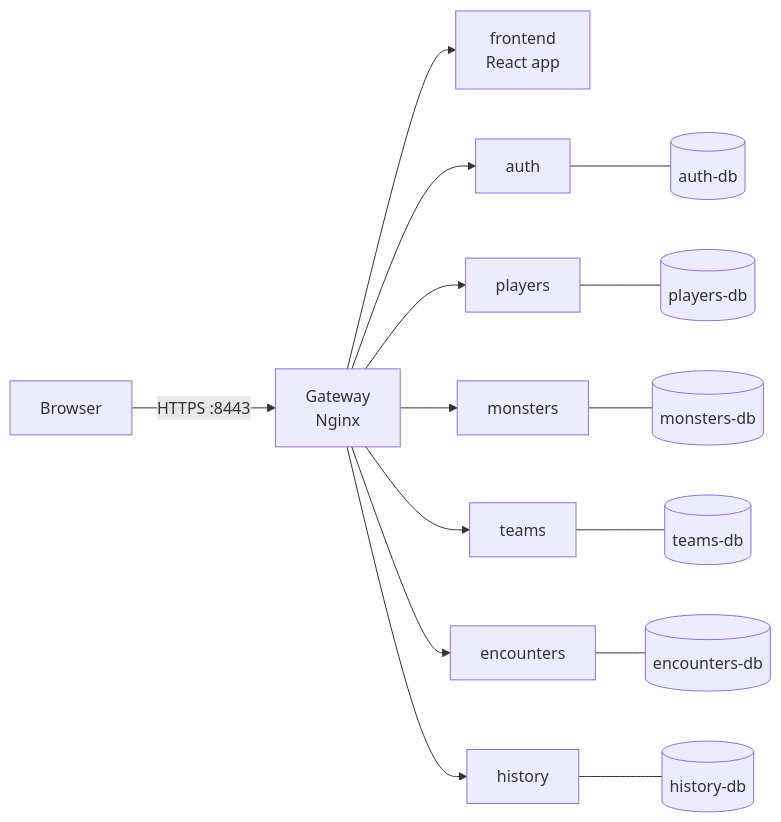
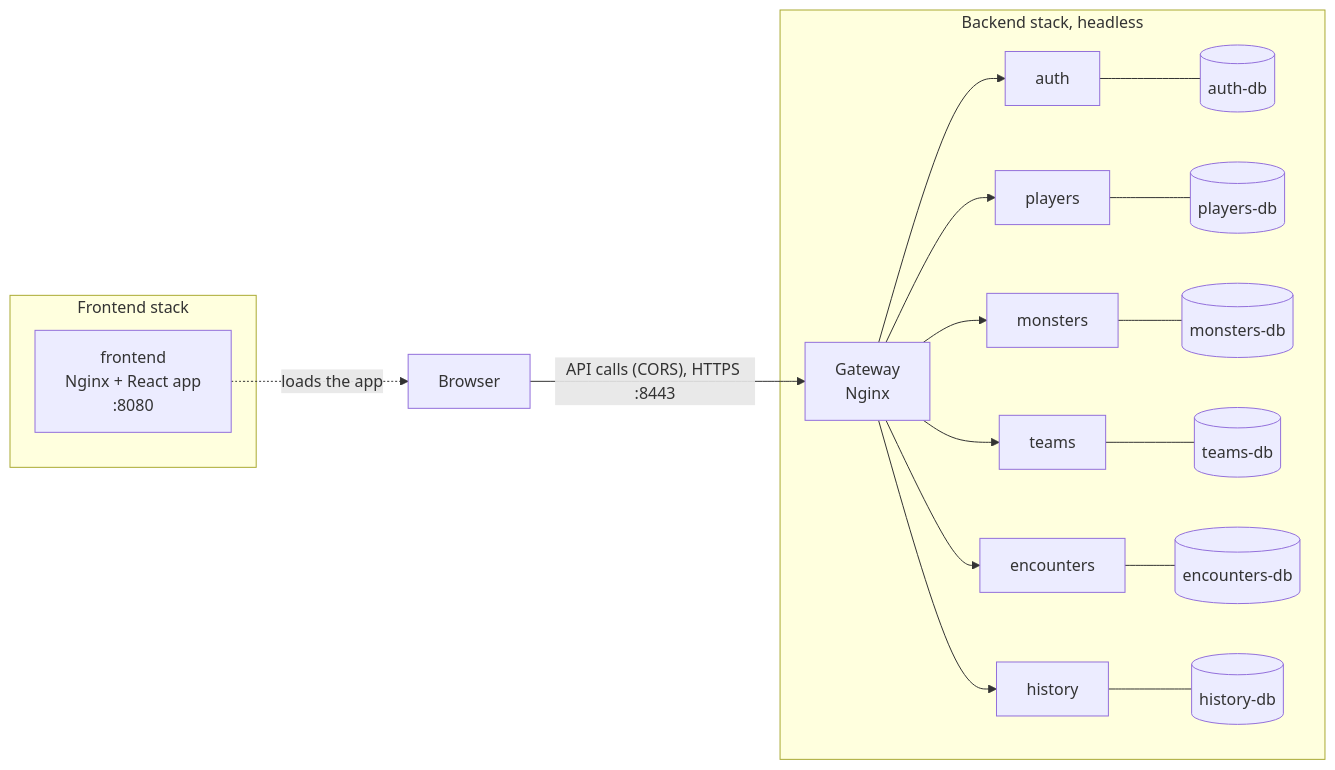
One commit to fabiopsh/ASE-Tamer-Project changed the diagram in README.md. Above: the diagram before and after it, drawn with Mermaid. The commit also changed other lines of this file and 14 other files, not shown here.

Commit message:
feat: separate frontend stack with Docker support and update CORS configuration

````diff
--- a/README.md
+++ b/README.md
@@ -58,17 +62,24 @@
 ```mermaid
 flowchart LR
-    B[Browser] -- HTTPS :8443 --> G[Gateway<br/>Nginx]
-    G --> F[frontend<br/>React app]
-    G --> A[auth]
-    G --> P[players]
-    G --> M[monsters]
-    G --> T[teams]
-    G --> E[encounters]
-    G --> H[history]
-    A --- ADB[(auth-db)]
-    P --- PDB[(players-db)]
-    M --- MDB[(monsters-db)]
-    T --- TDB[(teams-db)]
-    E --- EDB[(encounters-db)]
-    H --- HDB[(history-db)]
+    subgraph FE[Frontend stack]
+        F[frontend<br/>Nginx + React app<br/>:8080]
+    end
+    B[Browser]
+    F -. loads the app .-> B
+    B -- "API calls (CORS), HTTPS :8443" --> G
+    subgraph BE[Backend stack, headless]
+        G[Gateway<br/>Nginx]
+        G --> A[auth]
+        G --> P[players]
+        G --> M[monsters]
+        G --> T[teams]
+        G --> E[encounters]
+        G --> H[history]
+        A --- ADB[(auth-db)]
+        P --- PDB[(players-db)]
+        M --- MDB[(monsters-db)]
+        T --- TDB[(teams-db)]
+        E --- EDB[(encounters-db)]
+        H --- HDB[(history-db)]
+    end
 ```
````
